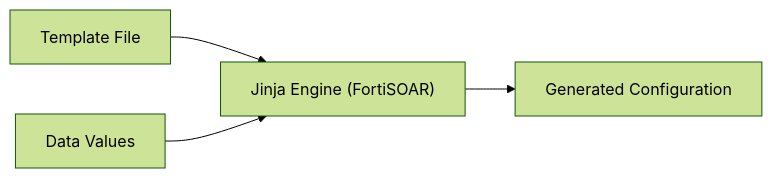
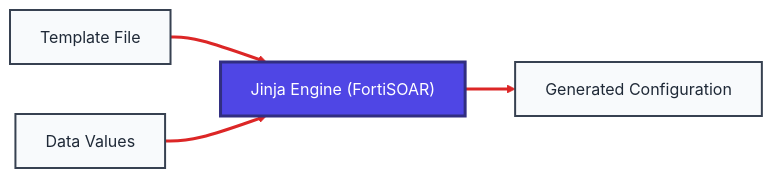
The diagram in content/chapter-04-jinja/01-jinja-intro.md (ftnt-dspille/fsr-noc-automation), drawn with Mermaid (forest theme) before and after one commit. The commit also changed 8 other files, not shown here.

````diff
--- a/content/chapter-04-jinja/01-jinja-intro.md
+++ b/content/chapter-04-jinja/01-jinja-intro.md
@@ -41,6 +41,16 @@
 ```mermaid
 graph LR
     A[Template File] --> C["Jinja Engine (FortiSOAR)"]
     B[Data Values] --> C
     C --> D[Generated Configuration]
+    
+    classDef default fill:#f8fafc,stroke:#374151,stroke-width:2px,color:#1f2937
+    classDef engine fill:#4f46e5,stroke:#312e81,stroke-width:3px,color:#ffffff
+    
+    class C engine
+    
+    linkStyle 0 stroke:#dc2626,stroke-width:3px
+    linkStyle 1 stroke:#dc2626,stroke-width:3px
+    linkStyle 2 stroke:#dc2626,stroke-width:3px
+
 ```
````
